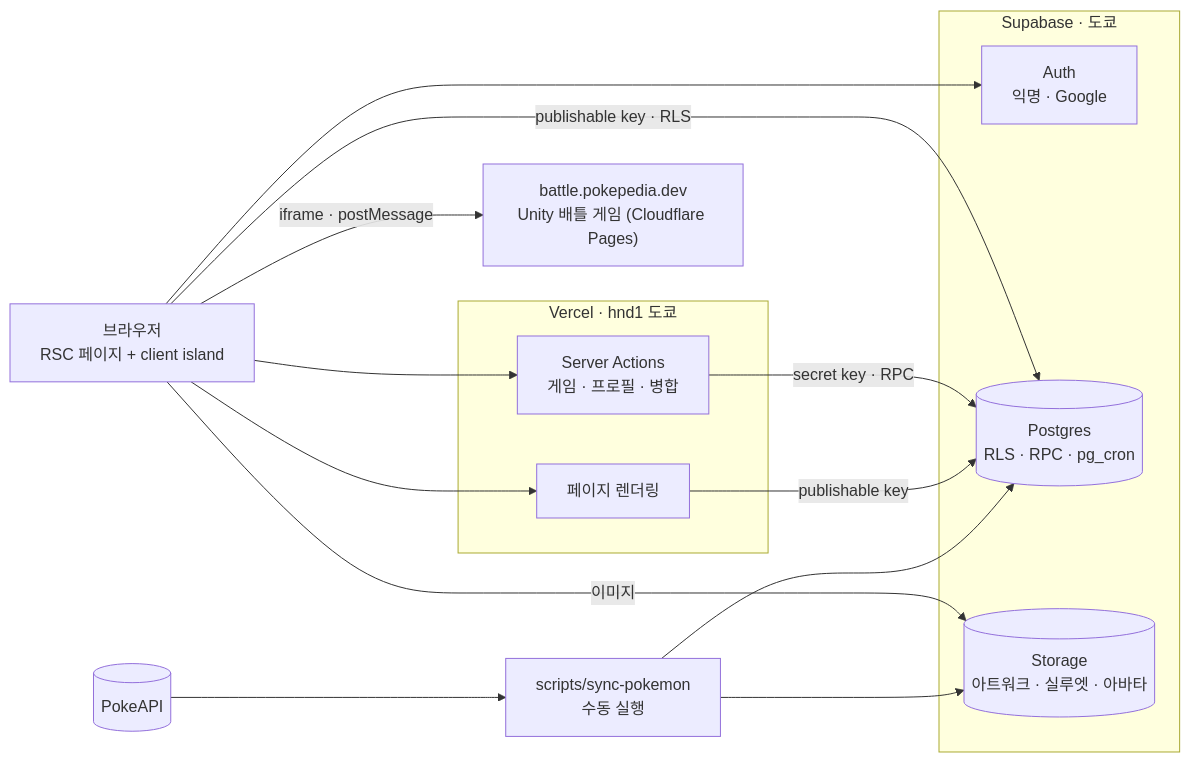
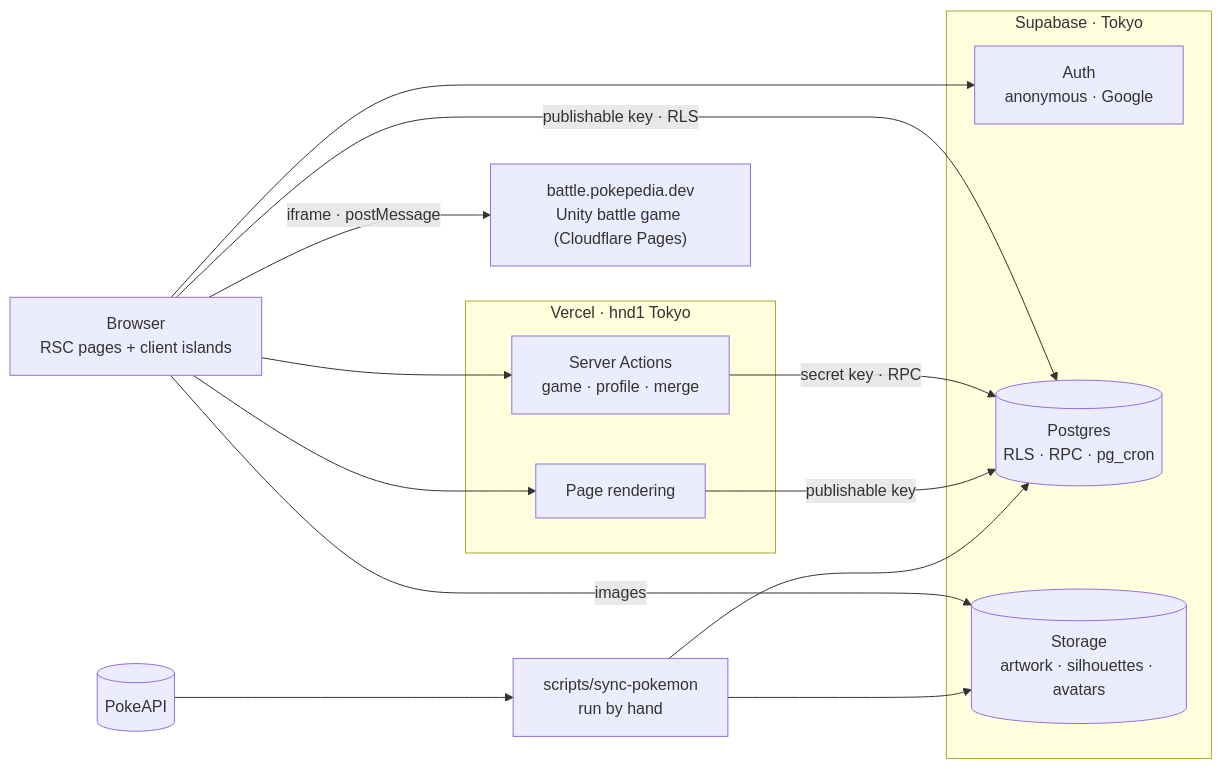
Before and after one commit to ottuck/pokepedia: the diagram in docs/system_design.md, drawn with Mermaid. The commit also changed other lines of this file and 1 other file, not shown here.

````diff
--- a/docs/system_design.md
+++ b/docs/system_design.md
@@ -17,21 +17,21 @@
 ```mermaid
 flowchart LR
-  UI["브라우저<br/>RSC 페이지 + client island"]
-  subgraph Vercel["Vercel · hnd1 도쿄"]
-    Pages[페이지 렌더링]
-    Actions[Server Actions<br/>게임 · 프로필 · 병합]
+  UI["Browser<br/>RSC pages + client islands"]
+  subgraph Vercel["Vercel · hnd1 Tokyo"]
+    Pages[Page rendering]
+    Actions[Server Actions<br/>game · profile · merge]
   end
-  subgraph Supabase["Supabase · 도쿄"]
-    Auth[Auth<br/>익명 · Google]
+  subgraph Supabase["Supabase · Tokyo"]
+    Auth[Auth<br/>anonymous · Google]
     DB[(Postgres<br/>RLS · RPC · pg_cron)]
-    Storage[(Storage<br/>아트워크 · 실루엣 · 아바타)]
+    Storage[(Storage<br/>artwork · silhouettes · avatars)]
   end
-  PokeAPI[(PokeAPI)] --> Sync[scripts/sync-pokemon<br/>수동 실행]
+  PokeAPI[(PokeAPI)] --> Sync[scripts/sync-pokemon<br/>run by hand]
   Sync --> DB & Storage
   UI --> Pages -- publishable key --> DB
   UI --> Actions -- secret key · RPC --> DB
   UI -- publishable key · RLS --> DB
   UI --> Auth
-  UI -- 이미지 --> Storage
-  UI -- "iframe · postMessage" --> Battle["battle.pokepedia.dev<br/>Unity 배틀 게임 (Cloudflare Pages)"]
+  UI -- images --> Storage
+  UI -- "iframe · postMessage" --> Battle["battle.pokepedia.dev<br/>Unity battle game (Cloudflare Pages)"]
 ```
````
